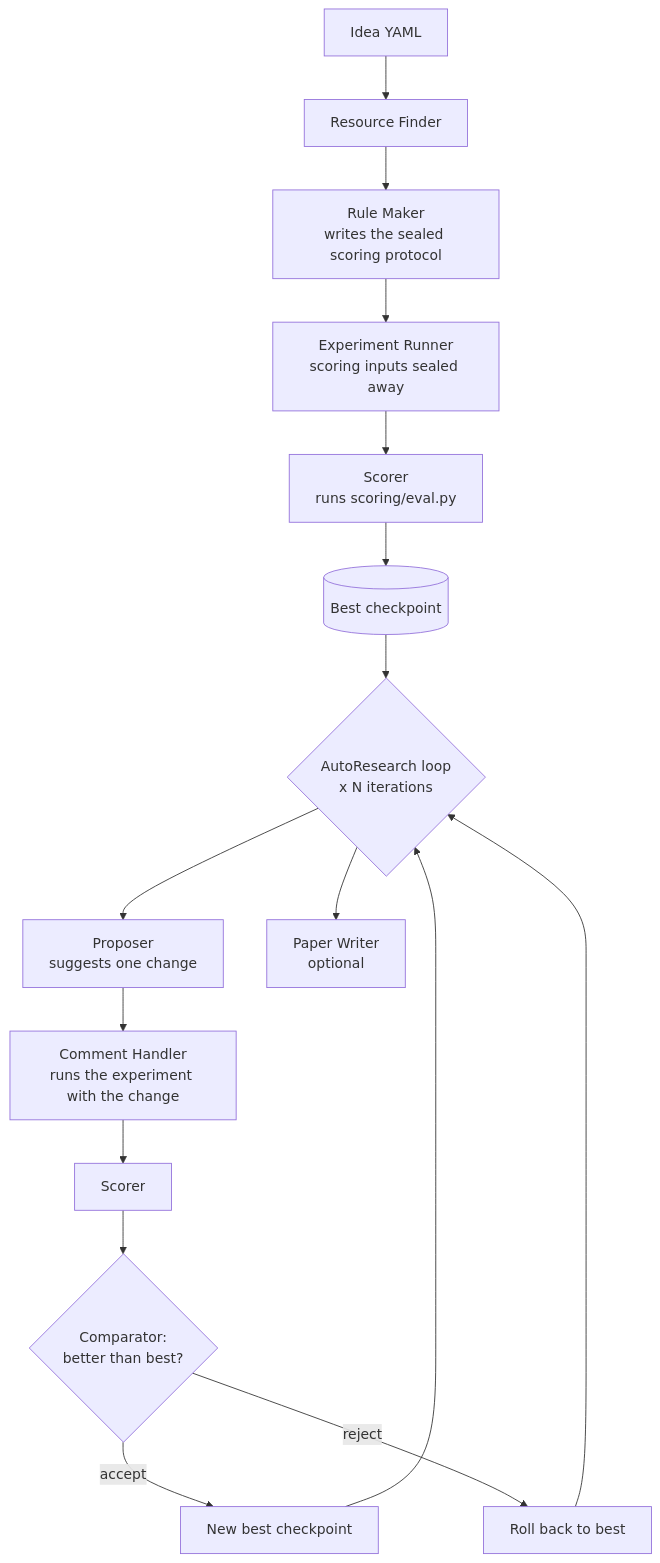
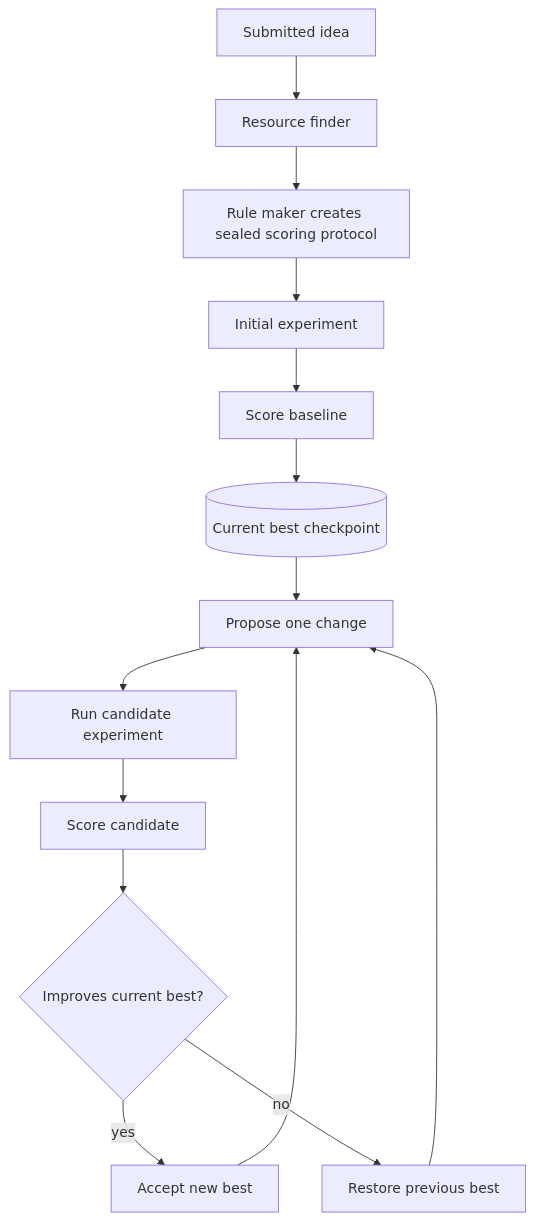
One commit to ChicagoHAI/NeuriCo changed the diagram in docs/AUTORESEARCH.md. Above: the diagram before and after it, drawn with Mermaid. The commit also changed other lines of this file and 19 other files, not shown here.

````diff
--- a/docs/AUTORESEARCH.md
+++ b/docs/AUTORESEARCH.md
@@ -28,19 +41,16 @@
 ```mermaid
 flowchart TD
-    A[Idea YAML] --> RF[Resource Finder]
-    RF --> RM[Rule Maker<br/>writes the sealed scoring protocol]
-    RM --> ER[Experiment Runner<br/>scoring inputs sealed away]
-    ER --> SC[Scorer<br/>runs scoring/eval.py]
-    SC --> BEST[(Best checkpoint)]
-
-    BEST --> LOOP{AutoResearch loop<br/>x N iterations}
-    LOOP --> P[Proposer<br/>suggests one change]
-    P --> CM[Comment Handler<br/>runs the experiment with the change]
-    CM --> S2[Scorer]
-    S2 --> CMP{Comparator:<br/>better than best?}
-    CMP -->|accept| ACC[New best checkpoint]
-    CMP -->|reject| REJ[Roll back to best]
-    ACC --> LOOP
-    REJ --> LOOP
-    LOOP --> PAPER[Paper Writer<br/>optional]
+    A[Submitted idea] --> RF[Resource finder]
+    RF --> RM[Rule maker creates sealed scoring protocol]
+    RM --> ER[Initial experiment]
+    ER --> SC[Score baseline]
+    SC --> BEST[(Current best checkpoint)]
+    BEST --> P[Propose one change]
+    P --> RUN[Run candidate experiment]
+    RUN --> SCORE[Score candidate]
+    SCORE --> CMP{Improves current best?}
+    CMP -->|yes| ACCEPT[Accept new best]
+    CMP -->|no| REJECT[Restore previous best]
+    ACCEPT --> P
+    REJECT --> P
 ```
````
